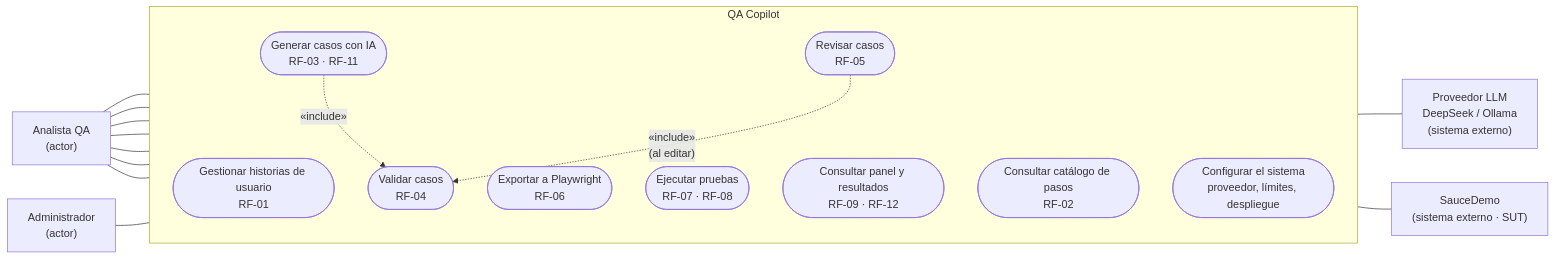
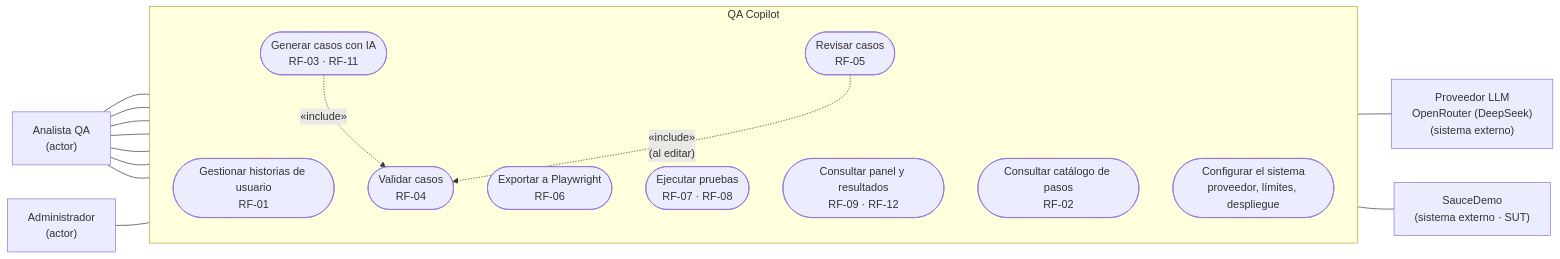
The diagram in docs/uml/casos-de-uso.md (odremano/QACopilot), drawn with Mermaid before and after one commit. The commit also changed 4 other files, not shown here.

First line of the commit message:
docs: bitácora S4, diagrama de secuencia de la generación y README actualizado

````diff
--- a/docs/uml/casos-de-uso.md
+++ b/docs/uml/casos-de-uso.md
@@ -5,35 +5,35 @@
 ```mermaid
 flowchart LR
     analista["Analista QA<br/>(actor)"]
     admin["Administrador<br/>(actor)"]
-    llm["Proveedor LLM<br/>DeepSeek / Ollama<br/>(sistema externo)"]
+    llm["Proveedor LLM<br/>OpenRouter (DeepSeek)<br/>(sistema externo)"]
     sut["SauceDemo<br/>(sistema externo · SUT)"]
 
     subgraph sistema["QA Copilot"]
         direction TB
         uc1(["Gestionar historias de usuario<br/>RF-01"])
         uc2(["Generar casos con IA<br/>RF-03 · RF-11"])
         uc3(["Validar casos<br/>RF-04"])
         uc4(["Revisar casos<br/>RF-05"])
         uc5(["Exportar a Playwright<br/>RF-06"])
         uc6(["Ejecutar pruebas<br/>RF-07 · RF-08"])
         uc7(["Consultar panel y resultados<br/>RF-09 · RF-12"])
         uc8(["Consultar catálogo de pasos<br/>RF-02"])
         uc9(["Configurar el sistema<br/>proveedor, límites, despliegue"])
     end
 
     analista --- uc1
     analista --- uc2
     analista --- uc4
     analista --- uc5
     analista --- uc6
     analista --- uc7
     analista --- uc8
     admin --- uc9
 
     uc2 -. "«include»" .-> uc3
     uc4 -. "«include»<br/>(al editar)" .-> uc3
 
     uc2 --- llm
     uc6 --- sut
 ```
````
